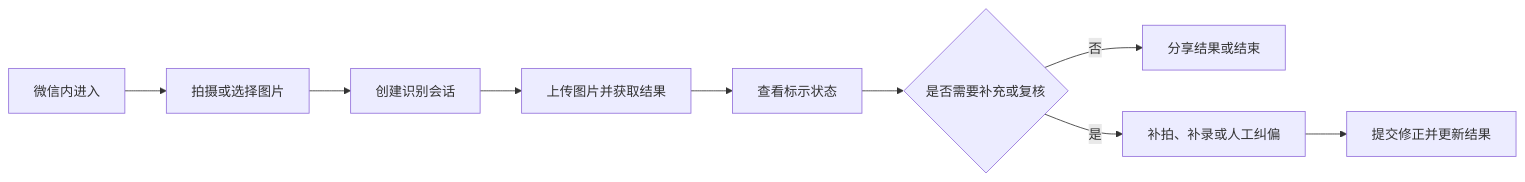
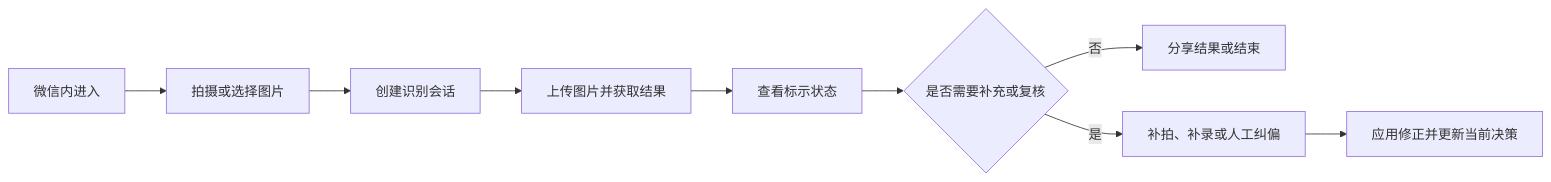
Before and after one commit to QingMouFoodDate/WxClient: the diagram in README.md, drawn with Mermaid. The commit also changed other lines of this file, not shown here.

````diff
--- a/README.md
+++ b/README.md
@@ -42,11 +49,11 @@
 ```mermaid
 flowchart LR
     A["微信内进入"] --> B["拍摄或选择图片"]
     B --> C["创建识别会话"]
     C --> D["上传图片并获取结果"]
     D --> E["查看标示状态"]
     E --> F{"是否需要补充或复核"}
     F -->|"否"| G["分享结果或结束"]
     F -->|"是"| H["补拍、补录或人工纠偏"]
-    H --> I["提交修正并更新结果"]
+    H --> I["应用修正并更新当前决策"]
 ```
````
